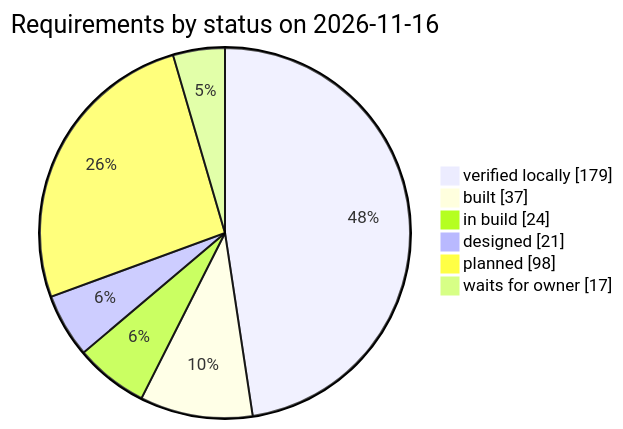
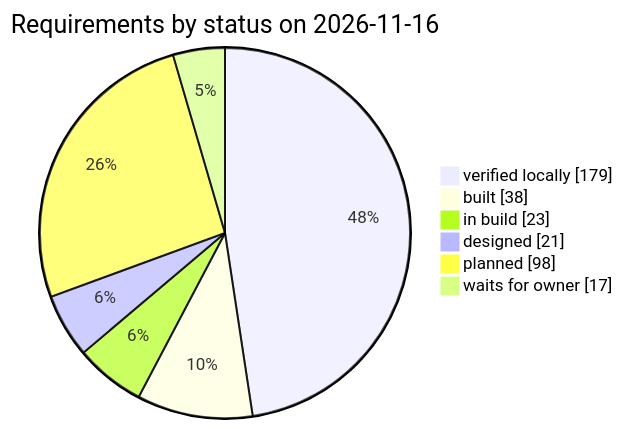
The third of 3 diagrams in docs/requirements.md (qa-io-vn/fnb-manager), drawn with Mermaid before and after one commit. The commit also changed other lines of this file and 41 other files, not shown here.

````diff
--- a/docs/requirements.md
+++ b/docs/requirements.md
@@ -982,10 +982,10 @@
 ```mermaid
 pie showData
     title Requirements by status on 2026-11-16
     "verified locally" : 179
-    "built" : 37
-    "in build" : 24
+    "built" : 38
+    "in build" : 23
     "designed" : 21
     "planned" : 98
     "waits for owner" : 17
 ```
````
